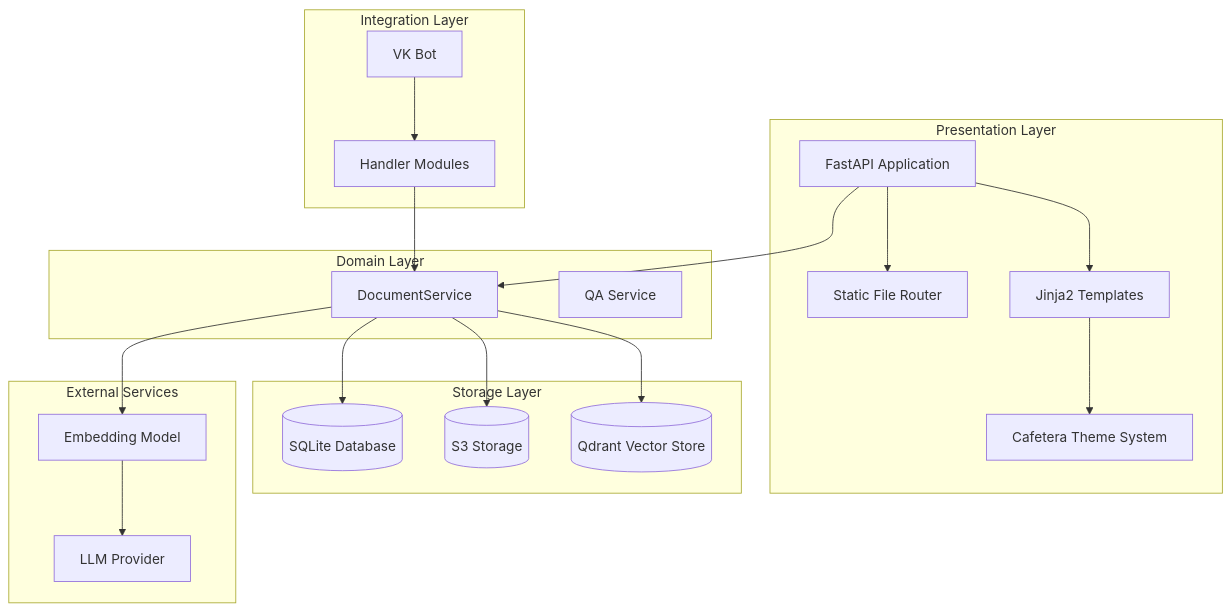
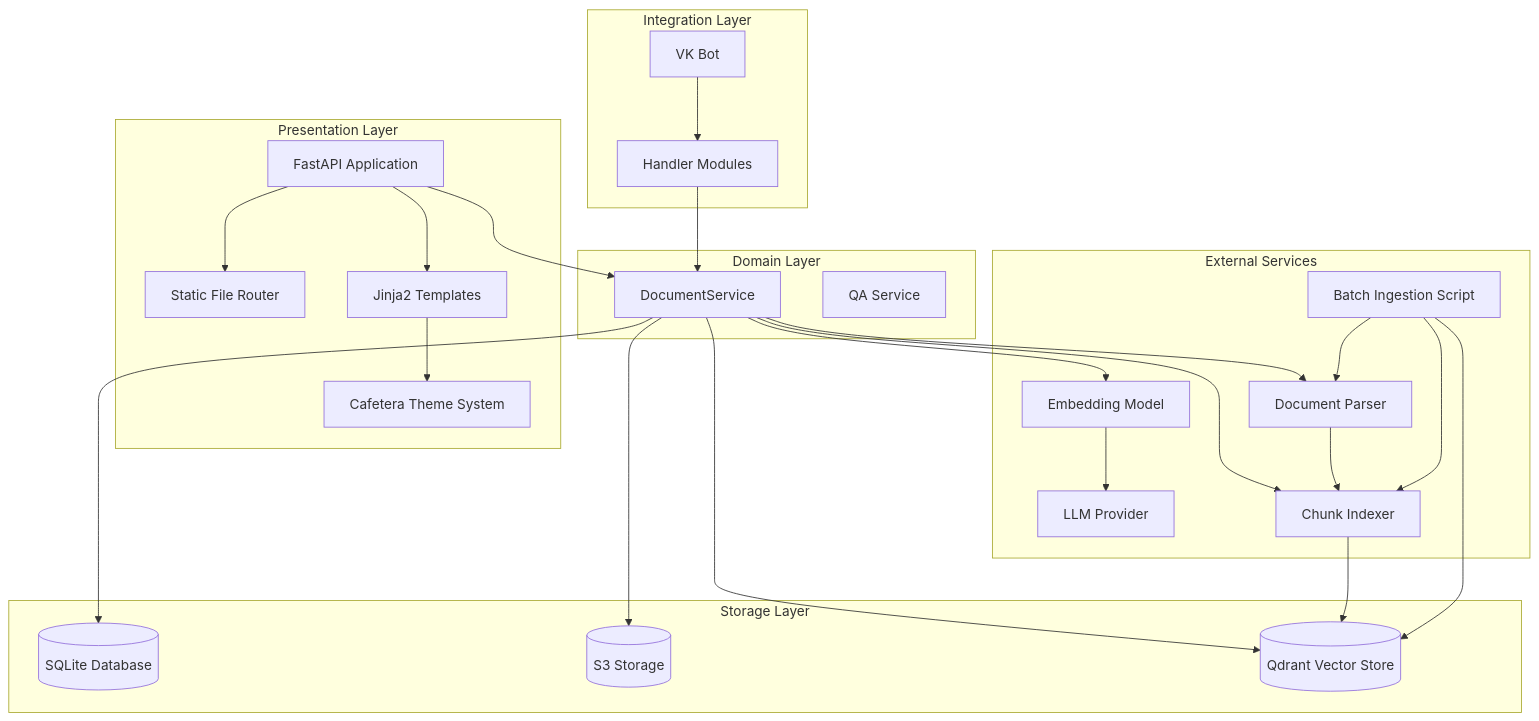
Before and after one commit to ognelis/cafetera_hr_bot: the first of 11 diagrams in .qoder/repowiki/en/content/Development Workflow/Main Application Entry Point.md, drawn with Mermaid. The commit also changed other lines of this file and 25 other files, not shown here.

````diff
--- a/.qoder/repowiki/en/content/Development Workflow/Main Application Entry Point.md
+++ b/.qoder/repowiki/en/content/Development Workflow/Main Application Entry Point.md
@@ -60,37 +64,47 @@
 ```mermaid
 graph TB
 subgraph "Presentation Layer"
 API[FastAPI Application]
 Static[Static File Router]
 Templates[Jinja2 Templates]
 Theme[Cafetera Theme System]
 end
 subgraph "Domain Layer"
 DocService[DocumentService]
 QAService[QA Service]
 end
 subgraph "Integration Layer"
 VKBot[VK Bot]
 Handlers[Handler Modules]
 end
 subgraph "Storage Layer"
 SQLite[(SQLite Database)]
 S3[(S3 Storage)]
 Qdrant[(Qdrant Vector Store)]
 end
 subgraph "External Services"
 LLM[LLM Provider]
 Embeddings[Embedding Model]
+Parser[Document Parser]
+Indexer[Chunk Indexer]
+Ingestion[Batch Ingestion Script]
 end
 API --> DocService
 API --> Static
 API --> Templates
 Templates --> Theme
 DocService --> SQLite
 DocService --> S3
 DocService --> Qdrant
 DocService --> Embeddings
+DocService --> Parser
+DocService --> Indexer
 Embeddings --> LLM
+Parser --> Indexer
+Indexer --> Qdrant
+Ingestion --> Parser
+Ingestion --> Indexer
+Ingestion --> Qdrant
 VKBot --> Handlers
 Handlers --> DocService
 ```
````
